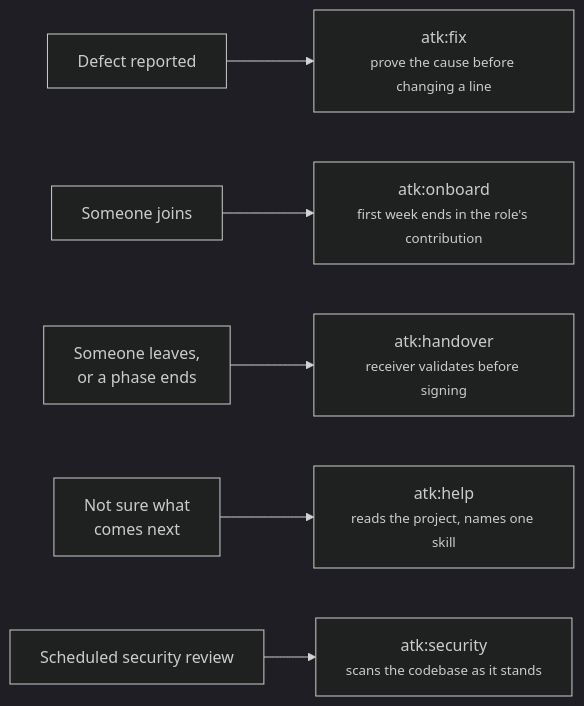
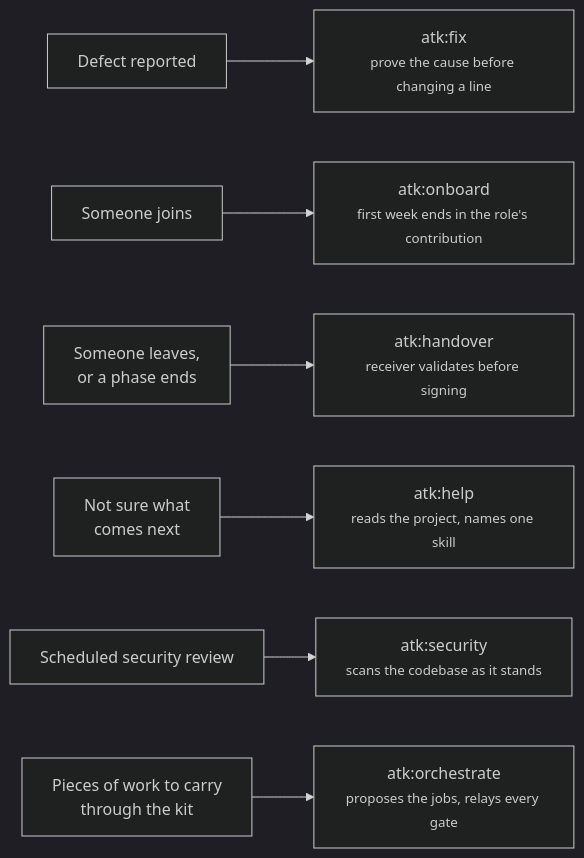
Before and after one commit to lamngockhuong/aiteamkit: the third of 3 diagrams in docs/flow/project-flow.md, drawn with Mermaid (dark theme). The commit also changed other lines of this file and 49 other files, not shown here.

First line of the commit message:
feat: add atk:orchestrate, which proposes and runs the atk jobs each piece of work still needs (#122)

````diff
--- a/docs/flow/project-flow.md
+++ b/docs/flow/project-flow.md
@@ -164,8 +165,9 @@
 ```mermaid
 flowchart LR
     X1["Defect reported"] --> X2["atk:fix<br/><small>prove the cause before changing a line</small>"]
     X3["Someone joins"] --> X4["atk:onboard<br/><small>first week ends in the role's contribution</small>"]
     X5["Someone leaves,<br/>or a phase ends"] --> X6["atk:handover<br/><small>receiver validates before signing</small>"]
     X7["Not sure what<br/>comes next"] --> X8["atk:help<br/><small>reads the project, names one skill</small>"]
     X9["Scheduled security review"] --> X10["atk:security<br/><small>scans the codebase as it stands</small>"]
+    X11["Pieces of work to carry<br/>through the kit"] --> X12["atk:orchestrate<br/><small>proposes the jobs, relays every gate</small>"]
 ```
````
